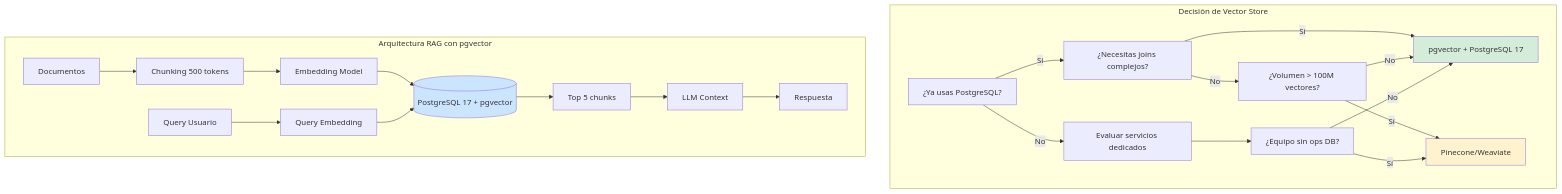
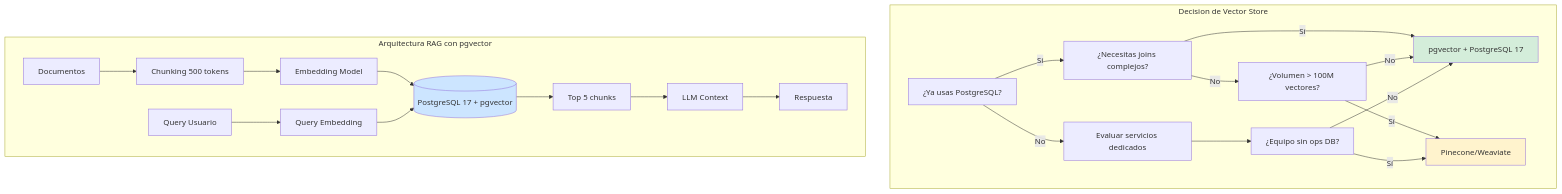
The first of 5 diagrams in 04_Bases_de_Datos/vector_search_con_pgvector_y_postgresql_17_para_aplicaciones_ia_STAFF.md (Joaquinriosheredia/DAM-Java-Mastery), drawn with Mermaid before and after one commit. The commit also changed other lines of this file, not shown here.

Commit message:
vector_search_con_pgvector_y_postgresql_17_para_aplicaciones_ia_STAFF.md

````diff
--- a/04_Bases_de_Datos/vector_search_con_pgvector_y_postgresql_17_para_aplicaciones_ia_STAFF.md
+++ b/04_Bases_de_Datos/vector_search_con_pgvector_y_postgresql_17_para_aplicaciones_ia_STAFF.md
@@ -40,29 +76,29 @@
 ```mermaid
 graph TD
-    subgraph "Decisión de Vector Store"
+    subgraph "Decision de Vector Store"
         A[¿Ya usas PostgreSQL?] -->|Sí| B[¿Necesitas joins complejos?]
         A -->|No| C[Evaluar servicios dedicados]
         B -->|Sí| D[pgvector + PostgreSQL 17]
         B -->|No| E[¿Volumen > 100M vectores?]
         E -->|Sí| F[Pinecone/Weaviate]
         E -->|No| D
         C --> G[¿Equipo sin ops DB?]
         G -->|Sí| F
         G -->|No| D
     end
     
     subgraph "Arquitectura RAG con pgvector"
         DOC[Documentos] --> CHUNK[Chunking 500 tokens]
         CHUNK --> EMB[Embedding Model]
         EMB --> PG[(PostgreSQL 17 + pgvector)]
         QUERY[Query Usuario] --> QEMB[Query Embedding]
         QEMB --> PG
         PG --> TOP5[Top 5 chunks]
         TOP5 --> LLM[LLM Context]
         LLM --> RESP[Respuesta]
     end
     
     style D fill:#d4edda
     style F fill:#fff3cd
     style PG fill:#cce5ff
 ```
````
